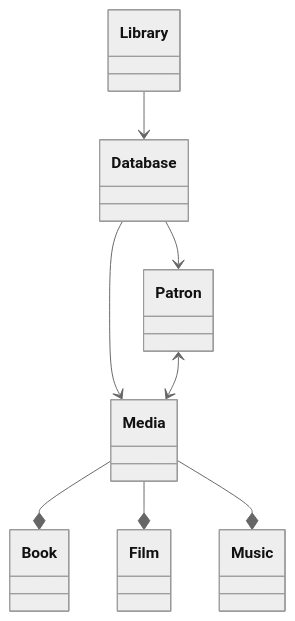
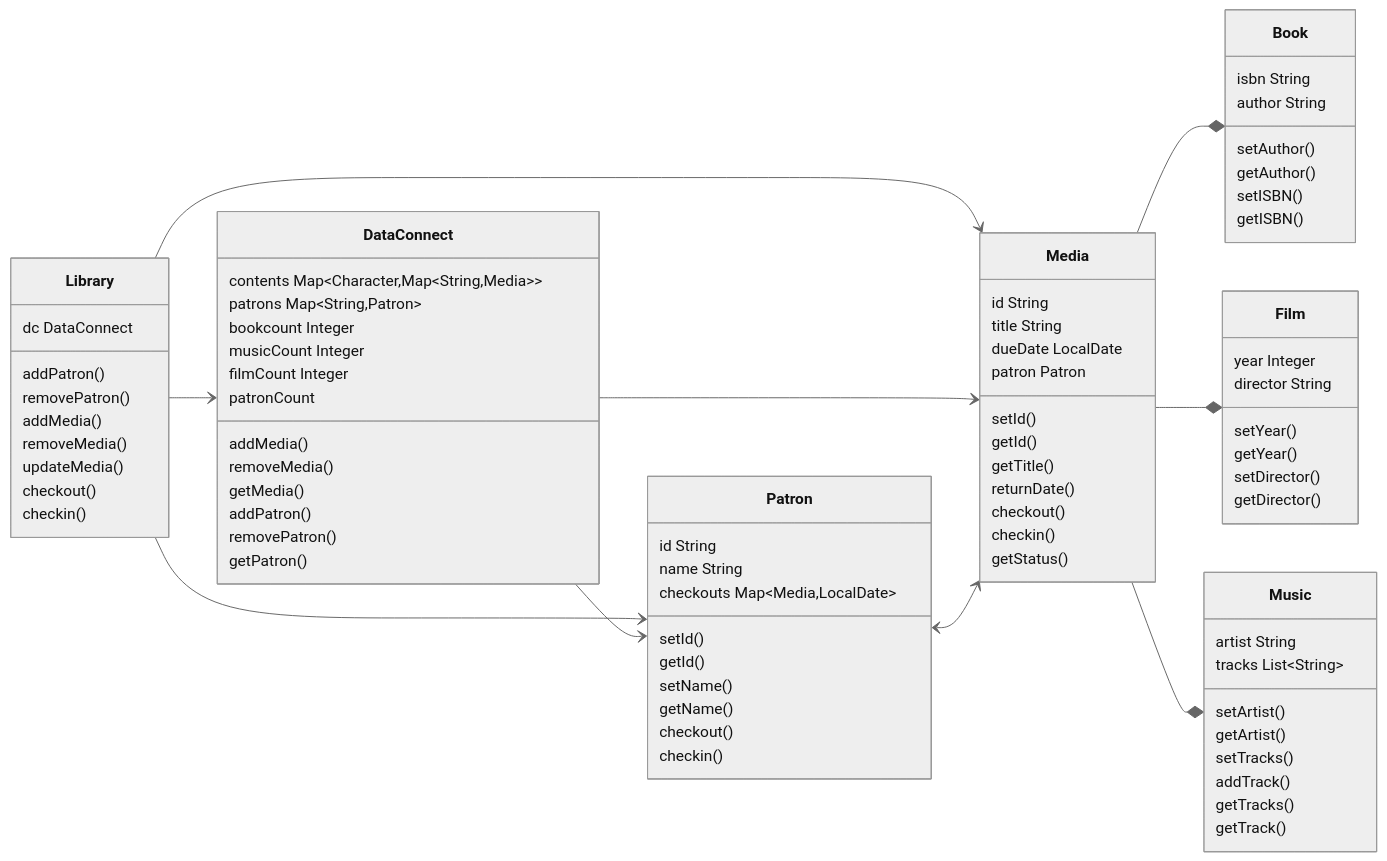
Before and after one commit to btweedster/Library_Test_Project: the diagram in ClassDiagram.md, drawn with Mermaid (neutral theme).

Commit message:
class diagram updated

````diff
--- a/ClassDiagram.md
+++ b/ClassDiagram.md
@@ -1,39 +1,94 @@
 ```mermaid
 classDiagram
-    Direction LR
-    Library --> Database
-    Database --> Media
-    Database --> Patron
+    direction LR
+    Library --> Media
+    Library --> Patron
+    Library --> DataConnect
+    DataConnect --> Media
+    DataConnect --> Patron
     Patron <--> Media
     Media --* Book
     Media --* Film
     Media --* Music
     
     class Library {
-
+        dc DataConnect
+        addPatron()
+        removePatron()
+        addMedia()
+        removeMedia()
+        updateMedia()
+        checkout()
+        checkin()
     }
 
-    class Database {
-
+    class DataConnect {
+        contents Map&ltCharacter,Map&ltString,Media&gt&gt
+        patrons Map&ltString,Patron&gt
+        bookcount Integer
+        musicCount Integer
+        filmCount Integer
+        patronCount
+        addMedia()
+        removeMedia()
+        getMedia()
+        addPatron()
+        removePatron()
+        getPatron()
     }
 
     class Patron {
-
+        id String
+        name String
+        checkouts Map&ltMedia,LocalDate&gt
+        setId()
+        getId()
+        setName()
+        getName()
+        checkout()
+        checkin()
     }
 
     class Media {
-
+        id String
+        title String
+        dueDate LocalDate
+        patron Patron
+        setId()
+        getId()
+        getTitle()
+        returnDate()
+        checkout()
+        checkin()
+        getStatus()
     }
 
     class Book {
+        isbn String
+        author String
+        setAuthor()
+        getAuthor()
+        setISBN()
+        getISBN()
+    }
 
+    class Music {
+        artist String
+        tracks List&ltString&gt
+        setArtist()
+        getArtist()
+        setTracks()
+        addTrack()
+        getTracks()
+        getTrack()
     }
 
     class Film {
-
-    }
-
-    class Music {
-
+        year Integer
+        director String
+        setYear()
+        getYear()
+        setDirector()
+        getDirector()
     }
 ```
````
